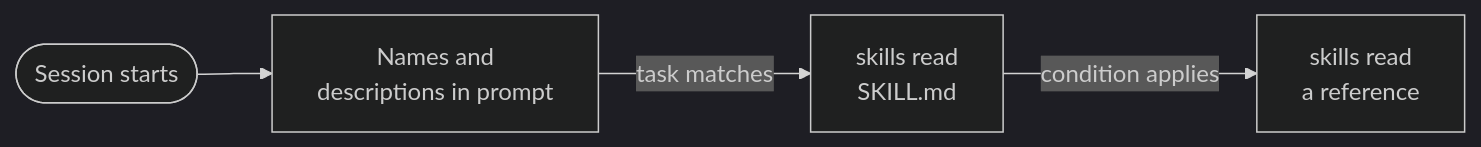
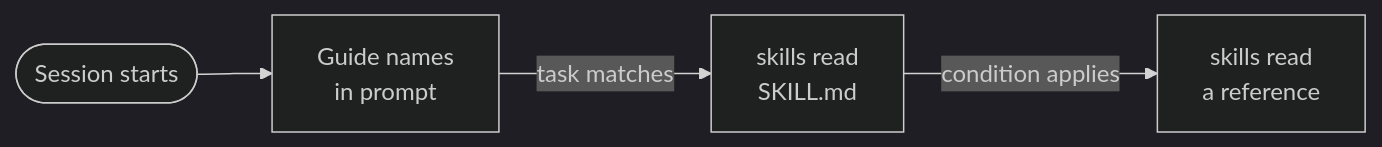
Before and after one commit to KrishBhimani/nod: the diagram in docs/src/content/docs/how-it-works/skills.md, drawn with Mermaid (dark theme). The commit also changed other lines of this file and 67 other files, not shown here.

````diff
--- a/docs/src/content/docs/how-it-works/skills.md
+++ b/docs/src/content/docs/how-it-works/skills.md
@@ -16,6 +16,6 @@
 ```mermaid
 flowchart LR
-  start([Session starts]):::muted --> catalog[Names and<br/>descriptions in prompt]
+  start([Session starts]):::muted --> catalog[Guide names<br/>in prompt]
   catalog -- task matches --> guide[skills read<br/>SKILL.md]:::accent
   guide -- condition applies --> ref[skills read<br/>a reference]
 ```
````
